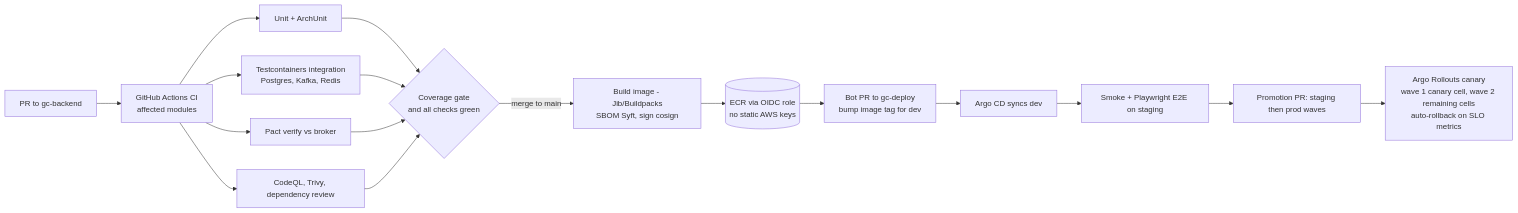
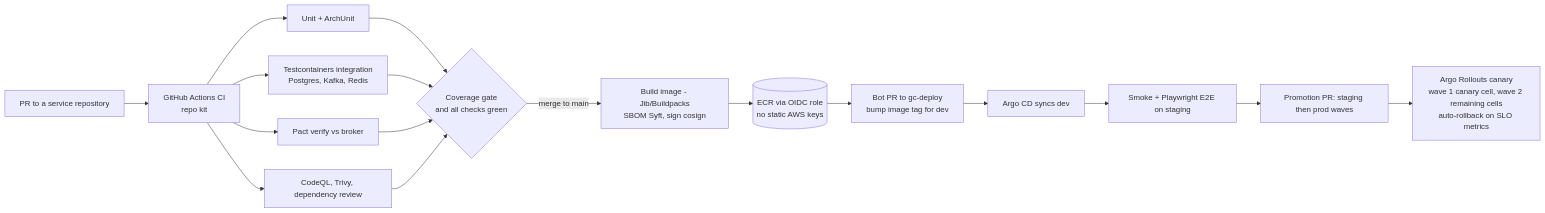
The second of 2 diagrams in docs/architecture/07_DEPLOYMENT_AWS.md (manjunathyadavs1998/growercare), drawn with Mermaid before and after one commit. The commit also changed 23 other files, not shown here.

First line of the commit message:
docs: sync skills, kit and docs with the per-service repositories (ADR-017) (#19)

````diff
--- a/docs/architecture/07_DEPLOYMENT_AWS.md
+++ b/docs/architecture/07_DEPLOYMENT_AWS.md
@@ -63,19 +63,19 @@
 ```mermaid
 flowchart LR
-  dev[PR to gc-backend] --> ci[GitHub Actions CI<br/>affected modules]
+  dev[PR to a service repository] --> ci[GitHub Actions CI<br/>repo kit]
   ci --> t1[Unit + ArchUnit]
   ci --> t2[Testcontainers integration<br/>Postgres, Kafka, Redis]
   ci --> t3[Pact verify vs broker]
   ci --> sec[CodeQL, Trivy, dependency review]
   t1 --> gate{Coverage gate<br/>and all checks green}
   t2 --> gate
   t3 --> gate
   sec --> gate
   gate -->|merge to main| build[Build image - Jib/Buildpacks<br/>SBOM Syft, sign cosign]
   build --> ecr[(ECR via OIDC role<br/>no static AWS keys)]
   ecr --> pr[Bot PR to gc-deploy<br/>bump image tag for dev]
   pr --> argo[Argo CD syncs dev]
   argo --> e2e[Smoke + Playwright E2E on staging]
   e2e --> promote[Promotion PR: staging then prod waves]
   promote --> roll[Argo Rollouts canary<br/>wave 1 canary cell, wave 2 remaining cells<br/>auto-rollback on SLO metrics]
 ```
````
